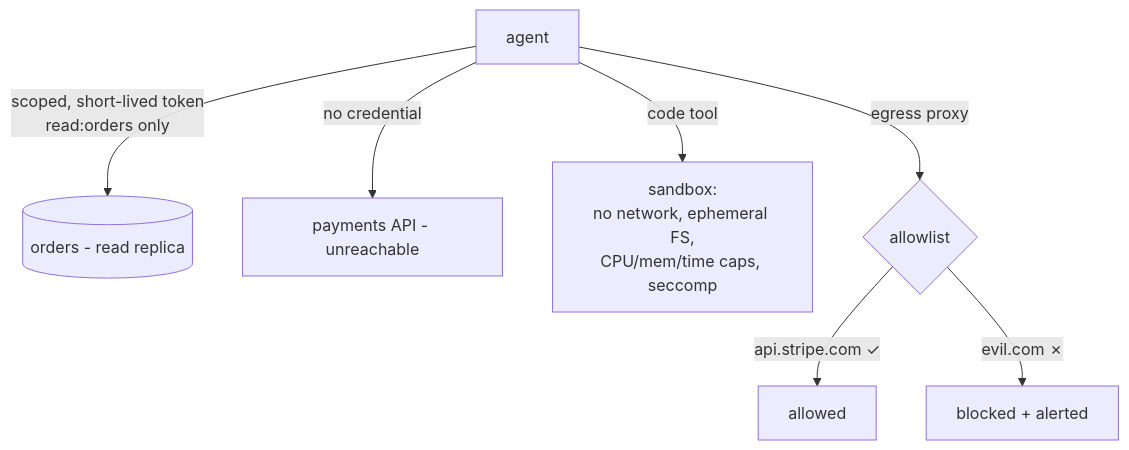
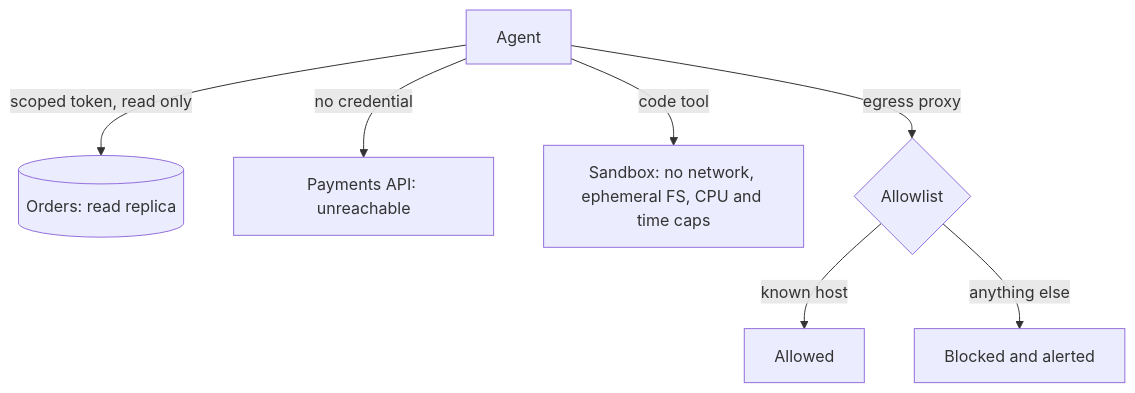
One commit to ashimsharma10/ashimsharma10.github.io changed the seventh of 11 diagrams in data/blog/ai-engineers-swiss-knife.mdx. Above: the diagram before and after it, drawn with Mermaid. The commit also changed other lines of this file and 3 other files, not shown here.

Commit message:
Simplify Swiss Knife write-up: plain prose, no dashes, readable flowcharts, less code

````diff
--- a/data/blog/ai-engineers-swiss-knife.mdx
+++ b/data/blog/ai-engineers-swiss-knife.mdx
@@ -929,9 +806,9 @@
 ```mermaid
 flowchart TD
-    A[agent] -->|scoped, short-lived token\nread:orders only| DB[(orders - read replica)]
-    A -->|no credential| PAY[payments API - unreachable]
-    A -->|code tool| S[sandbox:\nno network, ephemeral FS,\nCPU/mem/time caps, seccomp]
-    A -->|egress proxy| NET{allowlist}
-    NET -->|api.stripe.com ✓| OK[allowed]
-    NET -->|evil.com ✗| DENY[blocked + alerted]
+    A[Agent] -->|scoped token, read only| DB[(Orders: read replica)]
+    A -->|no credential| PAY[Payments API: unreachable]
+    A -->|code tool| S[Sandbox: no network, ephemeral FS, CPU and time caps]
+    A -->|egress proxy| NET{Allowlist}
+    NET -->|known host| OK[Allowed]
+    NET -->|anything else| DENY[Blocked and alerted]
 ```
````
